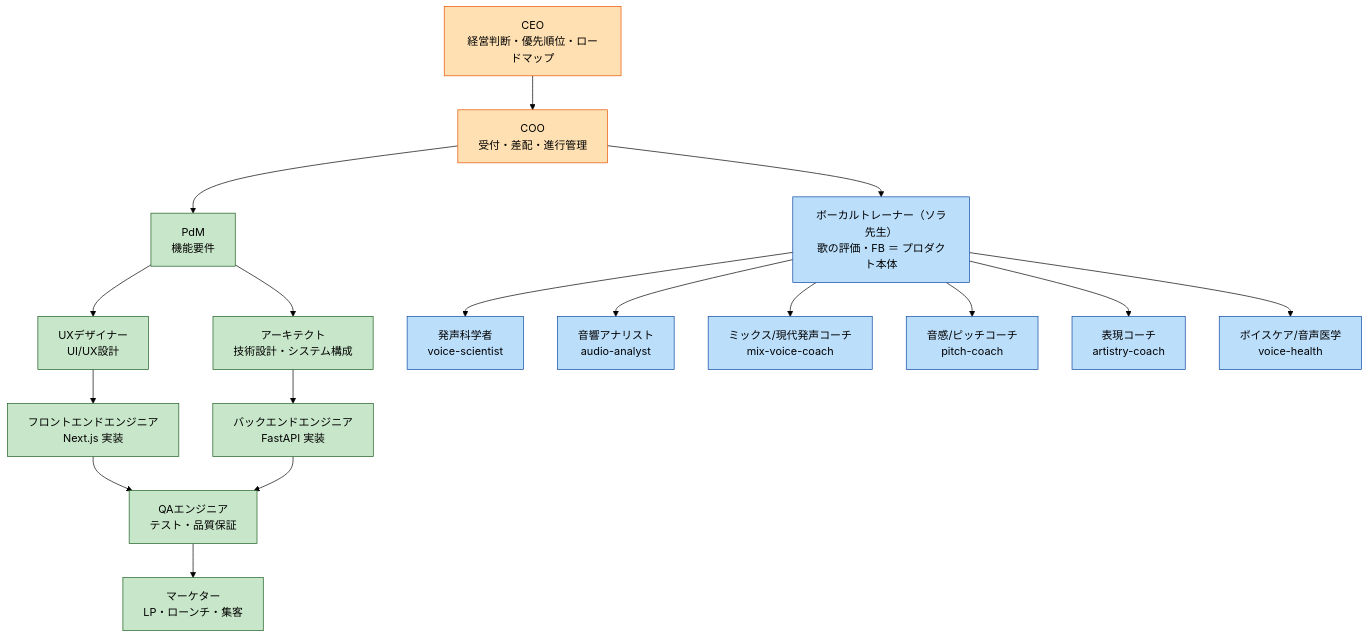
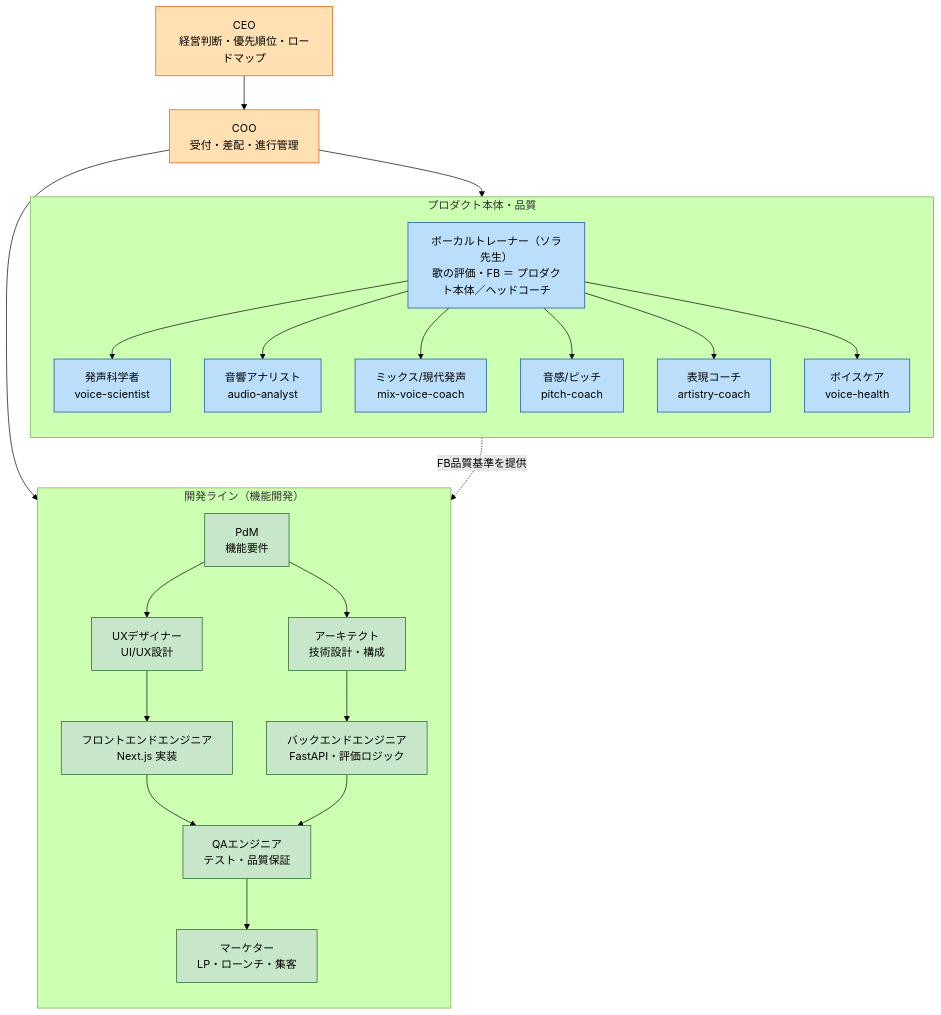
One commit to maru0814/vocalcoach changed the first of 2 diagrams in docs/42_組織図_現状.md. Above: the diagram before and after it, drawn with Mermaid (forest theme).

Commit message:
docs: 組織図を2本柱構造に修正
開発ライン（PdM→設計→実装→QA→マーケ）とプロダクト本体・品質
（vocal-trainer＋教授陣6名）を並列の2本柱に修正。エンジニア組織が
vocal-trainer配下にぶら下がって見える誤りを正し、両者の関係をFB品質
基準の横連携（点線）として明示した。

Claude-Session: https://claude.ai/code/session_011HwKpKE5kxpQE4eJ495DdT

````diff
--- a/docs/42_組織図_現状.md
+++ b/docs/42_組織図_現状.md
@@ -9,36 +11,43 @@
 ```mermaid
 graph TD
     CEO["CEO<br/>経営判断・優先順位・ロードマップ"]
     COO["COO<br/>受付・差配・進行管理"]
-
     CEO --> COO
 
-    COO --> PDM["PdM<br/>機能要件"]
-    COO --> VT["ボーカルトレーナー（ソラ先生）<br/>歌の評価・FB ＝ プロダクト本体"]
+    %% ── 2本柱に分岐 ──
+    COO --> PDM
+    COO --> VT
 
-    PDM --> DES["UXデザイナー<br/>UI/UX設計"]
-    PDM --> ARC["アーキテクト<br/>技術設計・システム構成"]
+    subgraph DEV["開発ライン（機能開発）"]
+      direction TB
+      PDM["PdM<br/>機能要件"]
+      PDM --> DES["UXデザイナー<br/>UI/UX設計"]
+      PDM --> ARC["アーキテクト<br/>技術設計・構成"]
+      DES --> FE["フロントエンドエンジニア<br/>Next.js 実装"]
+      ARC --> BE["バックエンドエンジニア<br/>FastAPI・評価ロジック"]
+      FE --> QA["QAエンジニア<br/>テスト・品質保証"]
+      BE --> QA
+      QA --> MKT["マーケター<br/>LP・ローンチ・集客"]
+    end
 
-    DES --> FE["フロントエンドエンジニア<br/>Next.js 実装"]
-    ARC --> BE["バックエンドエンジニア<br/>FastAPI 実装"]
+    subgraph PROD["プロダクト本体・品質"]
+      direction TB
+      VT["ボーカルトレーナー（ソラ先生）<br/>歌の評価・FB ＝ プロダクト本体／ヘッドコーチ"]
+      VT --> VSCI["発声科学者<br/>voice-scientist"]
+      VT --> AUD["音響アナリスト<br/>audio-analyst"]
+      VT --> MIX["ミックス/現代発声<br/>mix-voice-coach"]
+      VT --> PIT["音感/ピッチ<br/>pitch-coach"]
+      VT --> ART["表現コーチ<br/>artistry-coach"]
+      VT --> VH["ボイスケア<br/>voice-health"]
+    end
 
-    FE --> QA["QAエンジニア<br/>テスト・品質保証"]
-    BE --> QA
-
-    QA --> MKT["マーケター<br/>LP・ローンチ・集客"]
-
-    %% ボーカル教授陣（ソラ先生配下）
-    VT --> VSCI["発声科学者<br/>voice-scientist"]
-    VT --> AUD["音響アナリスト<br/>audio-analyst"]
-    VT --> MIX["ミックス/現代発声コーチ<br/>mix-voice-coach"]
-    VT --> PIT["音感/ピッチコーチ<br/>pitch-coach"]
-    VT --> ART["表現コーチ<br/>artistry-coach"]
-    VT --> VH["ボイスケア/音声医学<br/>voice-health"]
+    %% 横連携（上下関係ではない）
+    VT -. "FB品質基準を提供" .-> BE
 
     classDef exec fill:#ffe0b2,stroke:#e65100,color:#000;
     classDef product fill:#c8e6c9,stroke:#1b5e20,color:#000;
     classDef coach fill:#bbdefb,stroke:#0d47a1,color:#000;
     class CEO,COO exec;
     class PDM,DES,ARC,FE,BE,QA,MKT product;
     class VT,VSCI,AUD,MIX,PIT,ART,VH coach;
 ```
````
